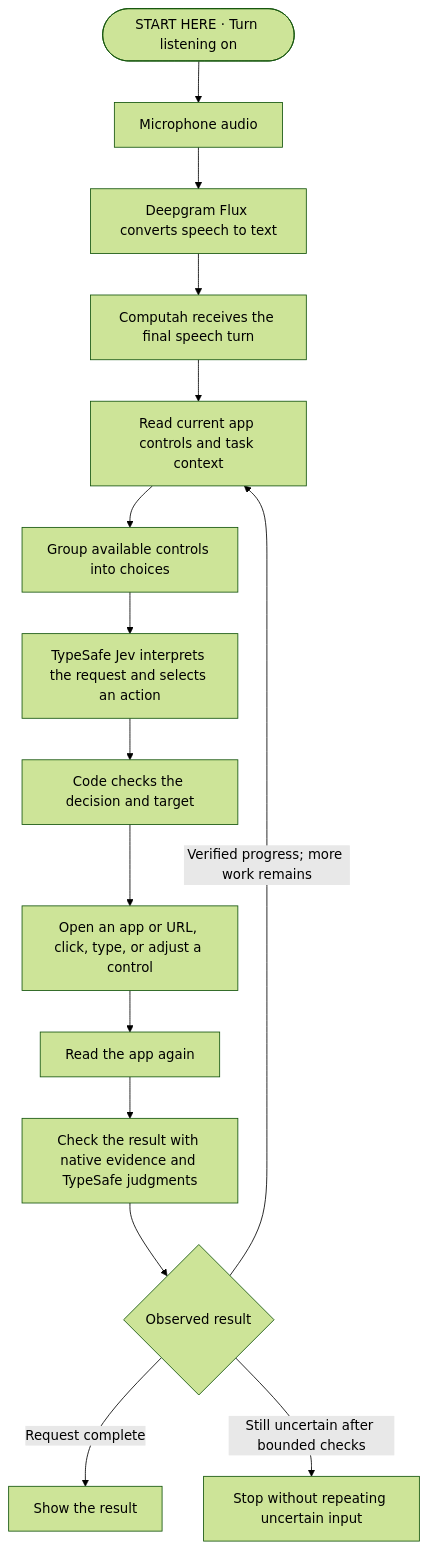
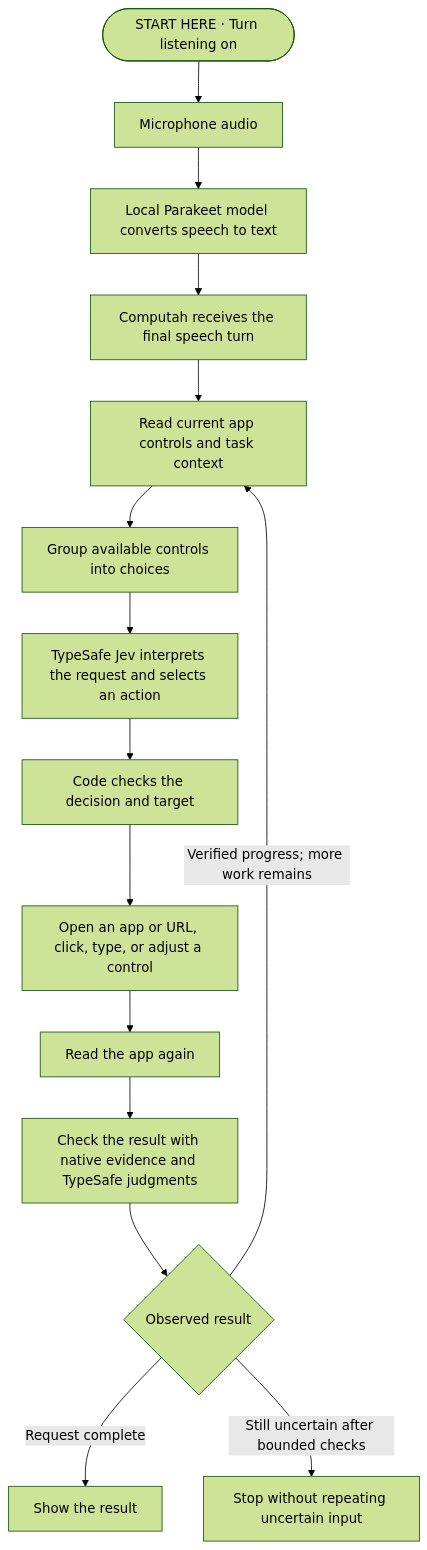
One commit to denisfeitoza/computah changed the diagram in README.md. Above: the diagram before and after it, drawn with Mermaid (forest theme). The commit also changed other lines of this file and 8 other files, not shown here.

````diff
--- a/README.md
+++ b/README.md
@@ -41,17 +41,17 @@
 ```mermaid
 flowchart TD
     Start(["START HERE · Turn listening on"]) --> A["Microphone audio"]
-    A --> B["Deepgram Flux converts speech to text"]
+    A --> B["Local Parakeet model converts speech to text"]
     B --> C["Computah receives the final speech turn"]
     C --> D["Read current app controls and task context"]
     D --> E["Group available controls into choices"]
     E --> F["TypeSafe Jev interprets the request and selects an action"]
     F --> G["Code checks the decision and target"]
     G --> H["Open an app or URL, click, type, or adjust a control"]
     H --> I["Read the app again"]
     I --> J["Check the result with native evidence and TypeSafe judgments"]
     J --> K{"Observed result"}
     K -->|"Verified progress; more work remains"| D
     K -->|"Request complete"| L["Show the result"]
     K -->|"Still uncertain after bounded checks"| M["Stop without repeating uncertain input"]
 ```
````
